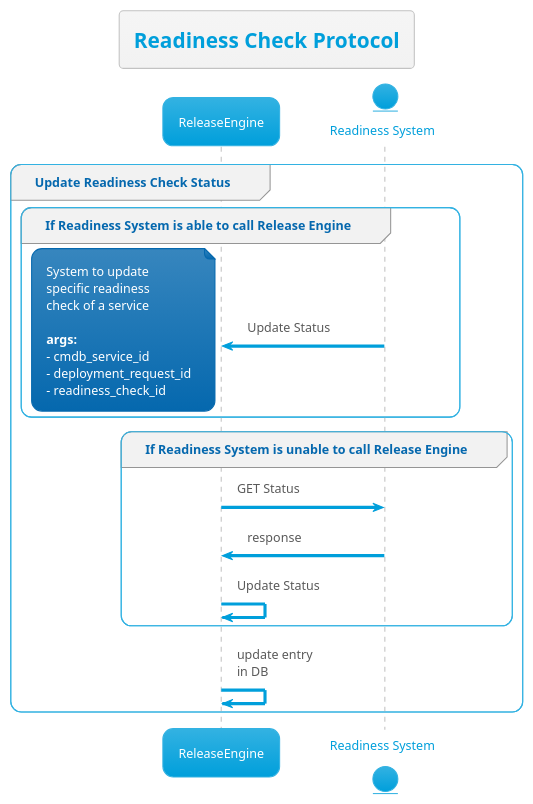
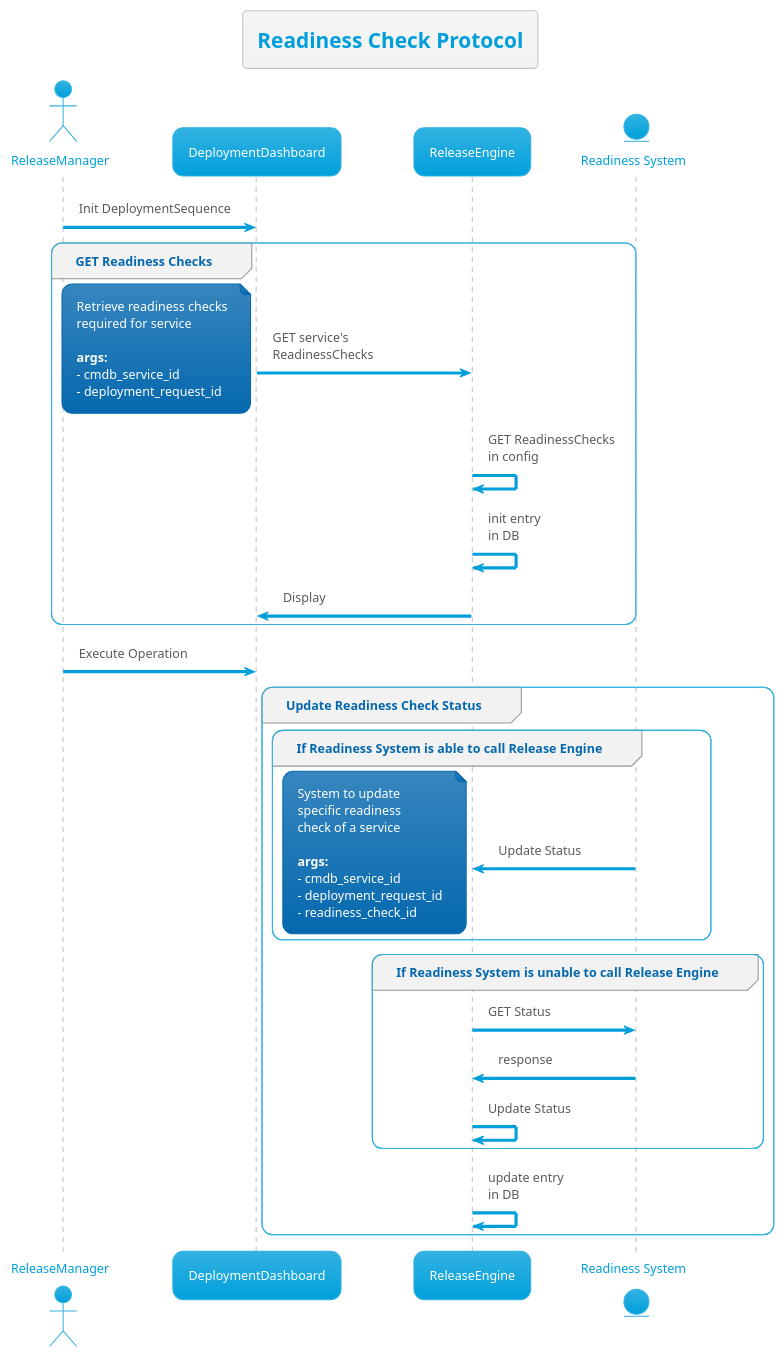
Before and after one commit to thetomitomo/diagrams: the diagram in src/Multi-Day-Deployment/ReadinessCheckProtocol.plantuml, drawn with PlantUML. The commit also changed 52 other files, not shown here.

```diff
--- a/src/Multi-Day-Deployment/ReadinessCheckProtocol.plantuml
+++ b/src/Multi-Day-Deployment/ReadinessCheckProtocol.plantuml
@@ -1,58 +1,60 @@
 @startuml
 !theme bluegray
 skinparam FooterFontColor black
 skinparam DatabaseFontColor #007faf
 
-' actor ReleaseManager as RM
-' participant DeploymentDashboard as DD
+actor ReleaseManager as RM
+participant DeploymentDashboard as DD
 participant ReleaseEngine as RE
 ' database deployment_ack_config_tab as ackDB
 ' database gitlab_project_tab as gitDB
 ' database deployment_request_tab as deplßoymentDB
 ' database gitlab_merge_request as MRDB
 ' entity gitLab as git
 entity "Readiness System" as readinessSys
 
 title Readiness Check Protocol
 
-' RM -> DD : Execute operation
+RM -> DD : Init DeploymentSequence
 
-' group GET Readiness Checks
-'     DD -> RE : GET service's\nReadinessChecks 
-'     note left
-'         Retrieve readiness checks
-'         required for service
+group GET Readiness Checks
+    DD -> RE : GET service's\nReadinessChecks 
+    note left
+        Retrieve readiness checks
+        required for service
 
-'         <b>args:
-'         - cmdb_service_id
-'         - deployment_request_id
-'     end note
-'     RE -> RE : GET ReadinessChecks\nin config
-'     RE -> RE : init entry\nin DB
-'     RE -> DD : Display
-' end group
+        <b>args:
+        - cmdb_service_id
+        - deployment_request_id
+    end note
+    RE -> RE : GET ReadinessChecks\nin config
+    RE -> RE : init entry\nin DB
+    RE -> DD : Display
+end group
+
+RM -> DD : Execute Operation
 
 group Update Readiness Check Status
     group If Readiness System is able to call Release Engine
         readinessSys -> RE : Update Status
         note left
             System to update
             specific readiness
             check of a service
 
             <b>args:
             - cmdb_service_id
             - deployment_request_id
             - readiness_check_id
         end note
     end group
     group If Readiness System is unable to call Release Engine
         RE -> readinessSys : GET Status
         readinessSys -> RE : response
         RE -> RE : Update Status
     end group
     RE -> RE : update entry\nin DB
 end group
 
 
 @enduml
```
